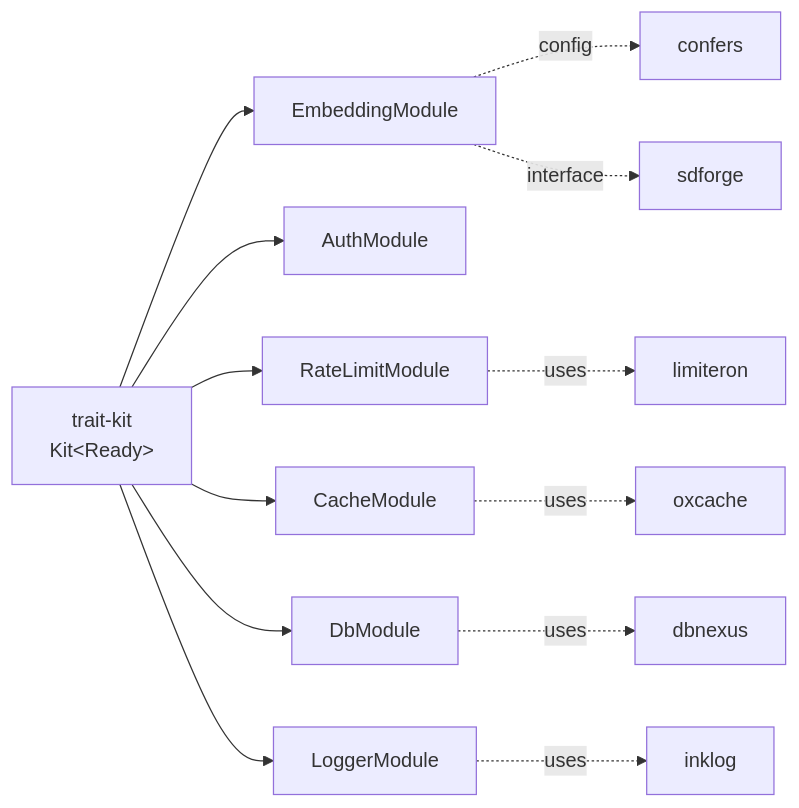
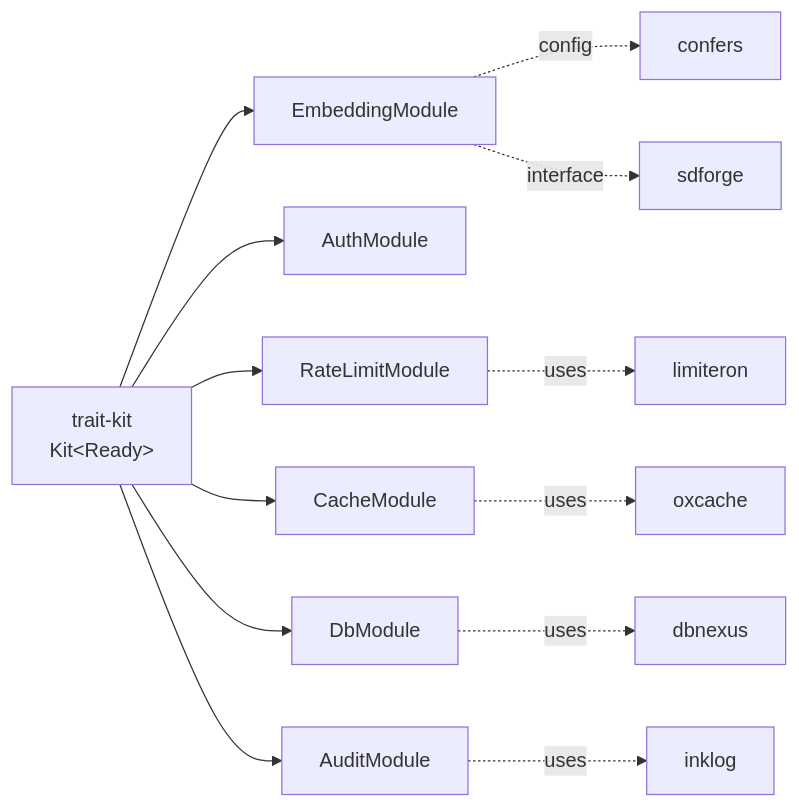
The first of 2 diagrams in README_EN.md (Kirky-X/vecboost), drawn with Mermaid before and after one commit. The commit also changed other lines of this file and 7 other files, not shown here.

````diff
--- a/README_EN.md
+++ b/README_EN.md
@@ -46,16 +46,16 @@
 ```mermaid
 graph LR
     Kit["trait-kit<br/>Kit&lt;Ready&gt;"] --> EmbeddingMod["EmbeddingModule"]
     Kit --> AuthMod["AuthModule"]
     Kit --> RateLimitMod["RateLimitModule"]
     Kit --> CacheMod["CacheModule"]
     Kit --> DbMod["DbModule"]
-    Kit --> LoggerMod["LoggerModule"]
+    Kit --> LoggerMod["AuditModule"]
 
     CacheMod -.->|uses| oxcache
     RateLimitMod -.->|uses| limiteron
     DbMod -.->|uses| dbnexus
     LoggerMod -.->|uses| inklog
     EmbeddingMod -.->|config| confers
     EmbeddingMod -.->|interface| sdforge
 ```
````
